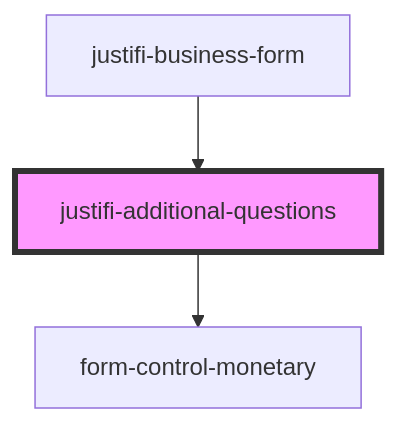
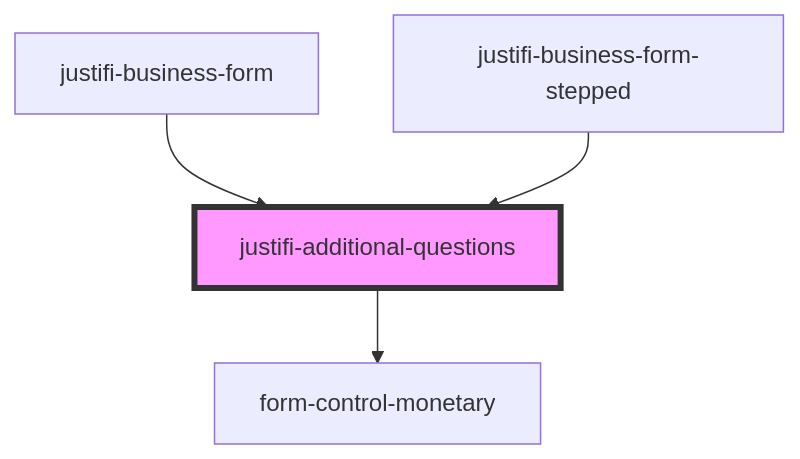
One commit to justifi-tech/web-component-library changed the diagram in stencil-library/src/components/business-form/additional-questions/readme.md. Above: the diagram before and after it, drawn with Mermaid. The commit also changed other lines of this file and 8 other files, not shown here.

Commit message:
business-form-stepped progress indicator

````diff
--- a/stencil-library/src/components/business-form/additional-questions/readme.md
+++ b/stencil-library/src/components/business-form/additional-questions/readme.md
@@ -26,6 +27,7 @@
 ```mermaid
 graph TD;
   justifi-additional-questions --> form-control-monetary
   justifi-business-form --> justifi-additional-questions
+  justifi-business-form-stepped --> justifi-additional-questions
   style justifi-additional-questions fill:#f9f,stroke:#333,stroke-width:4px
 ```
````
